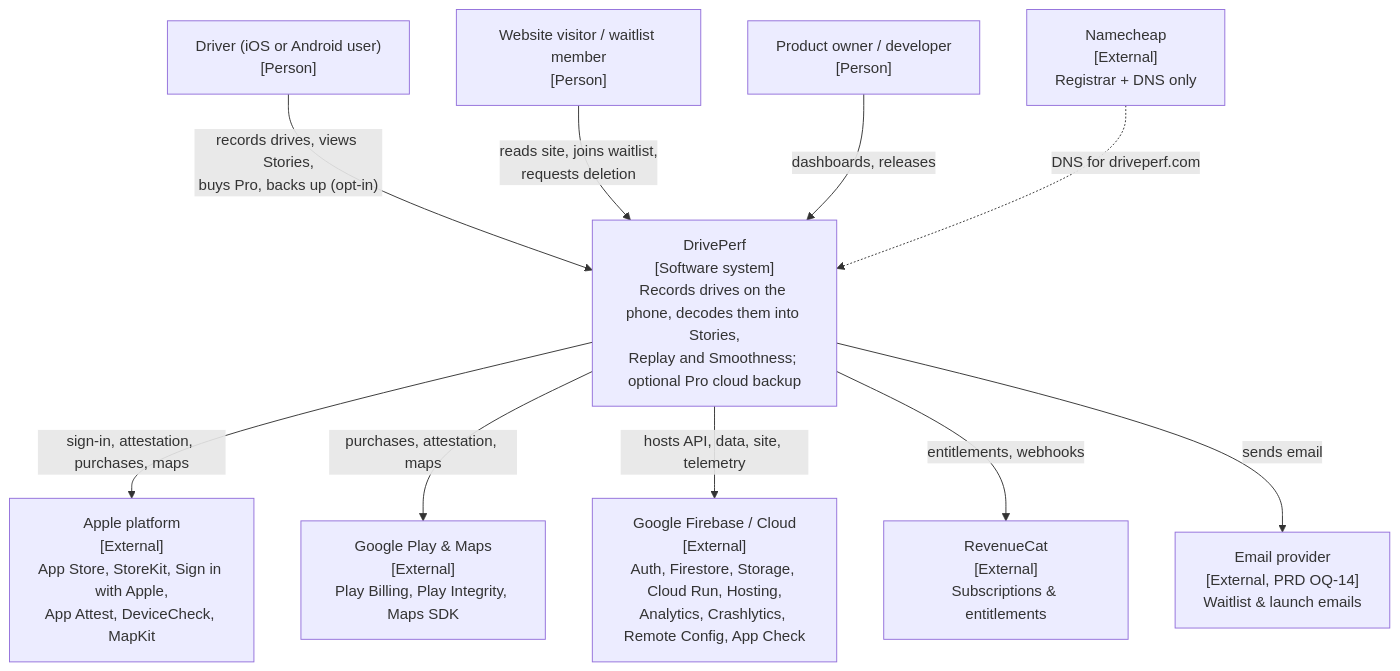
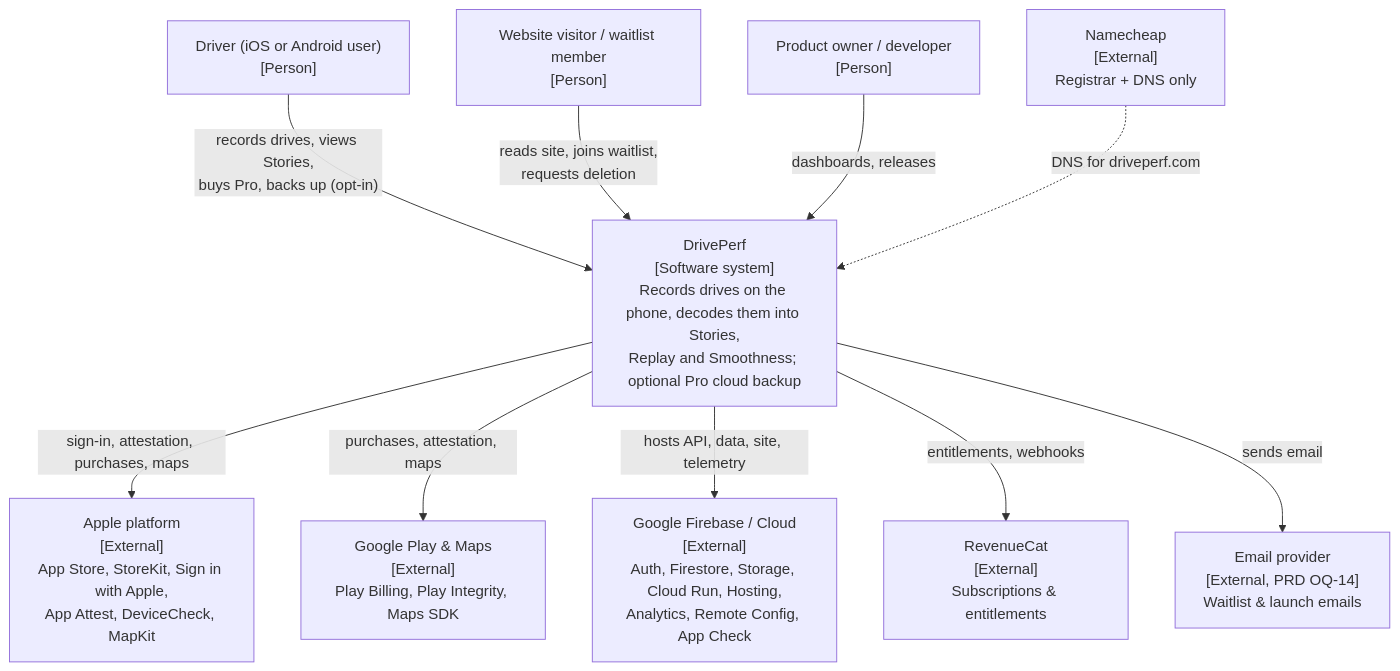
The first of 5 diagrams in docs/architecture/overview.md (theKeval/DrivePerf), drawn with Mermaid before and after one commit. The commit also changed other lines of this file and 29 other files, not shown here.

First line of the commit message:
DRIVE-46: Firebase Analytics + Sentry for crash reports (Gate 4)

````diff
--- a/docs/architecture/overview.md
+++ b/docs/architecture/overview.md
@@ -25,25 +25,25 @@
 ```mermaid
 flowchart TB
     driver["Driver (iOS or Android user)<br/>[Person]"]
     visitor["Website visitor / waitlist member<br/>[Person]"]
     keval["Product owner / developer<br/>[Person]"]
 
     dp["DrivePerf<br/>[Software system]<br/>Records drives on the phone, decodes them into Stories,<br/>Replay and Smoothness; optional Pro cloud backup"]
 
     apple["Apple platform<br/>[External]<br/>App Store, StoreKit, Sign in with Apple,<br/>App Attest, DeviceCheck, MapKit"]
     google["Google Play & Maps<br/>[External]<br/>Play Billing, Play Integrity, Maps SDK"]
-    firebase["Google Firebase / Cloud<br/>[External]<br/>Auth, Firestore, Storage, Cloud Run, Hosting,<br/>Analytics, Crashlytics, Remote Config, App Check"]
+    firebase["Google Firebase / Cloud<br/>[External]<br/>Auth, Firestore, Storage, Cloud Run, Hosting,<br/>Analytics, Remote Config, App Check"]
     rc["RevenueCat<br/>[External]<br/>Subscriptions & entitlements"]
     email["Email provider<br/>[External, PRD OQ-14]<br/>Waitlist & launch emails"]
     namecheap["Namecheap<br/>[External]<br/>Registrar + DNS only"]
 
     driver -->|"records drives, views Stories,<br/>buys Pro, backs up (opt-in)"| dp
     visitor -->|"reads site, joins waitlist,<br/>requests deletion"| dp
     keval -->|"dashboards, releases"| dp
     dp -->|"sign-in, attestation, purchases, maps"| apple
     dp -->|"purchases, attestation, maps"| google
     dp -->|"hosts API, data, site, telemetry"| firebase
     dp -->|"entitlements, webhooks"| rc
     dp -->|"sends email"| email
     namecheap -.->|"DNS for driveperf.com"| dp
 ```
````
